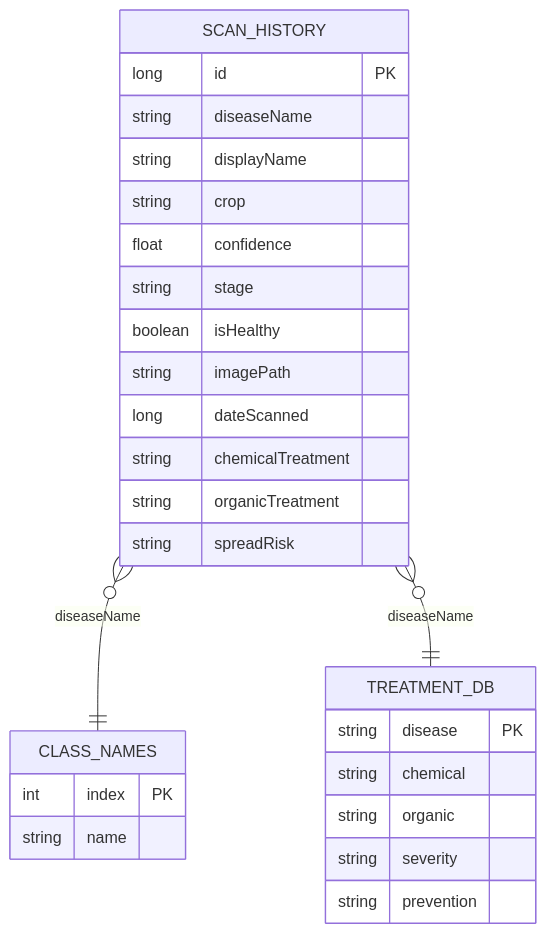
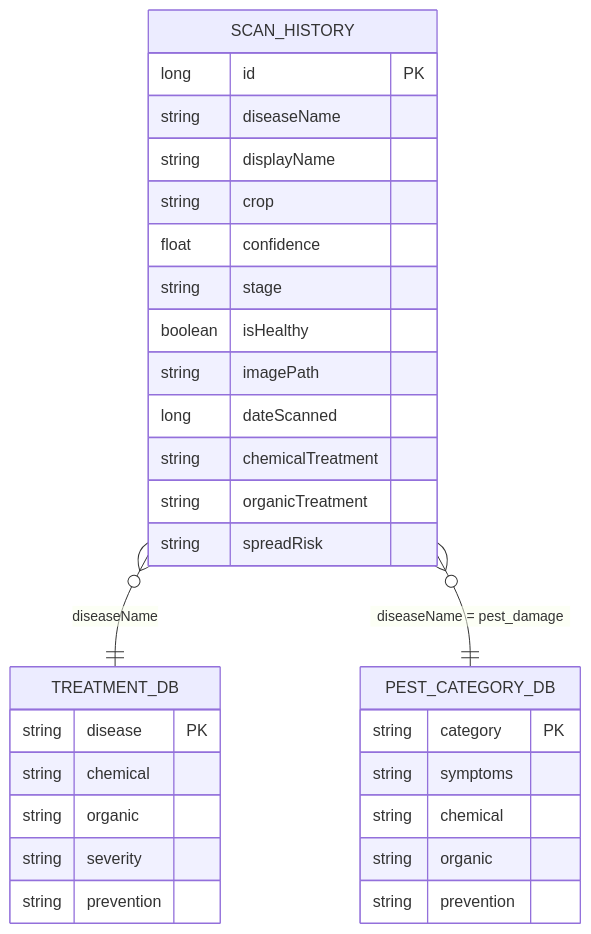
The sixth of 7 diagrams in docs/diagrams.md (FL4SH58K/AgroVeyra), drawn with Mermaid before and after one commit. The commit also changed other lines of this file, not shown here.

Commit message:
Update system diagrams for the three-model triage architecture

````diff
--- a/docs/diagrams.md
+++ b/docs/diagrams.md
@@ -124,30 +139,33 @@
 ```mermaid
 erDiagram
     SCAN_HISTORY {
         long id PK
         string diseaseName
         string displayName
         string crop
         float confidence
         string stage
         boolean isHealthy
         string imagePath
         long dateScanned
         string chemicalTreatment
         string organicTreatment
         string spreadRisk
     }
     TREATMENT_DB {
         string disease PK
         string chemical
         string organic
         string severity
         string prevention
     }
-    CLASS_NAMES {
-        int index PK
-        string name
+    PEST_CATEGORY_DB {
+        string category PK
+        string symptoms
+        string chemical
+        string organic
+        string prevention
     }
-    SCAN_HISTORY }o--|| CLASS_NAMES : diseaseName
     SCAN_HISTORY }o--|| TREATMENT_DB : diseaseName
+    SCAN_HISTORY }o--|| PEST_CATEGORY_DB : "diseaseName = pest_damage"
 ```
````
